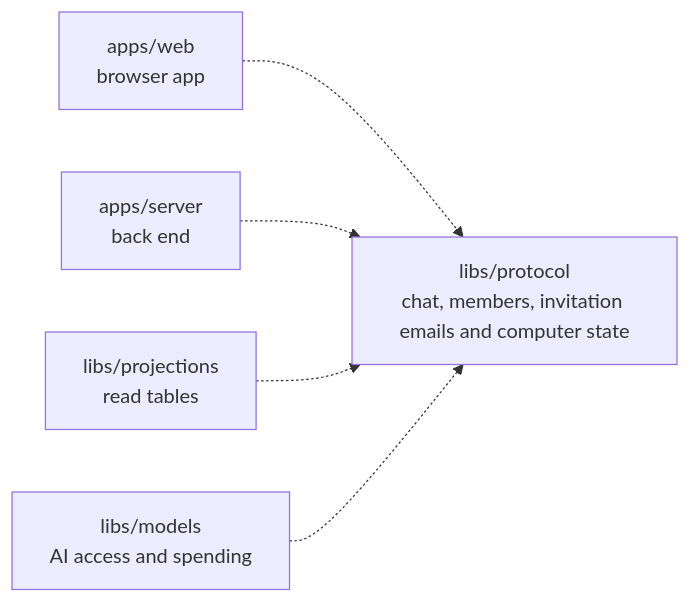
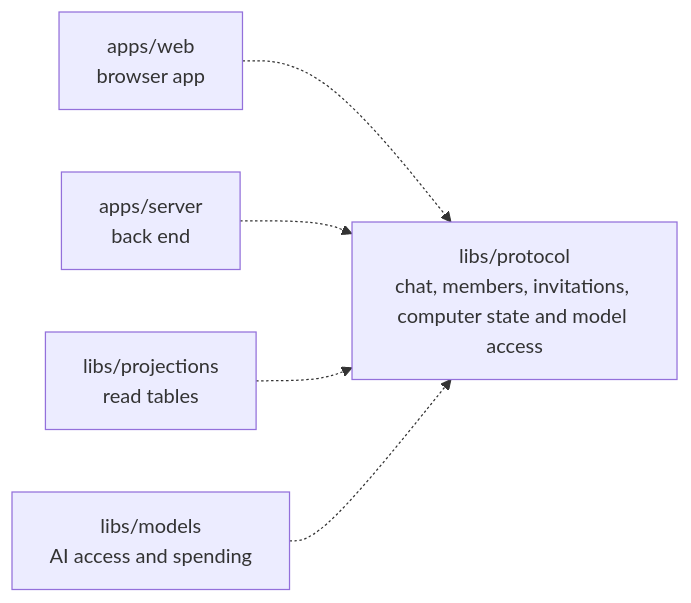
The diagram in libs/protocol/README.md (elewa-git/opencrane-new), drawn with Mermaid before and after one commit. The commit also changed other lines of this file and 19 other files, not shown here.

Commit message:
🔎 Add read-only model access views

````diff
--- a/libs/protocol/README.md
+++ b/libs/protocol/README.md
@@ -11,7 +11,7 @@
 ```mermaid
 flowchart LR
-  web["apps/web<br/>browser app"] -.-> protocol["libs/protocol<br/>chat, members, invitation emails and computer state"]
+  web["apps/web<br/>browser app"] -.-> protocol["libs/protocol<br/>chat, members, invitations, computer state and model access"]
   server["apps/server<br/>back end"] -.-> protocol
   projections["libs/projections<br/>read tables"] -.-> protocol
   models["libs/models<br/>AI access and spending"] -.-> protocol
 ```
````
